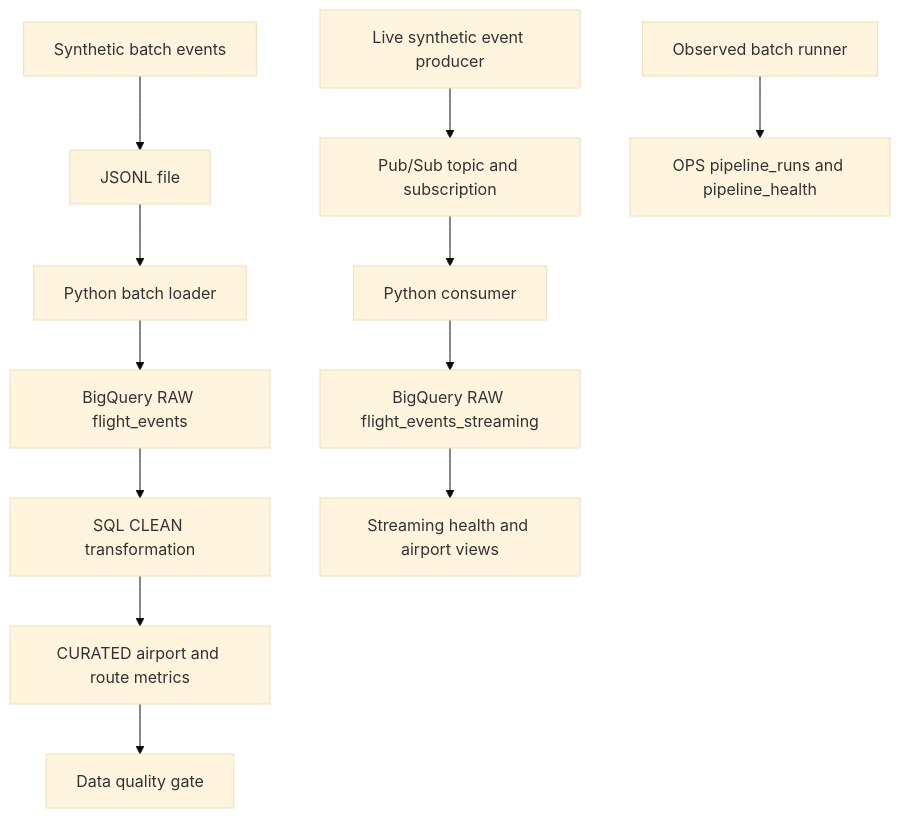
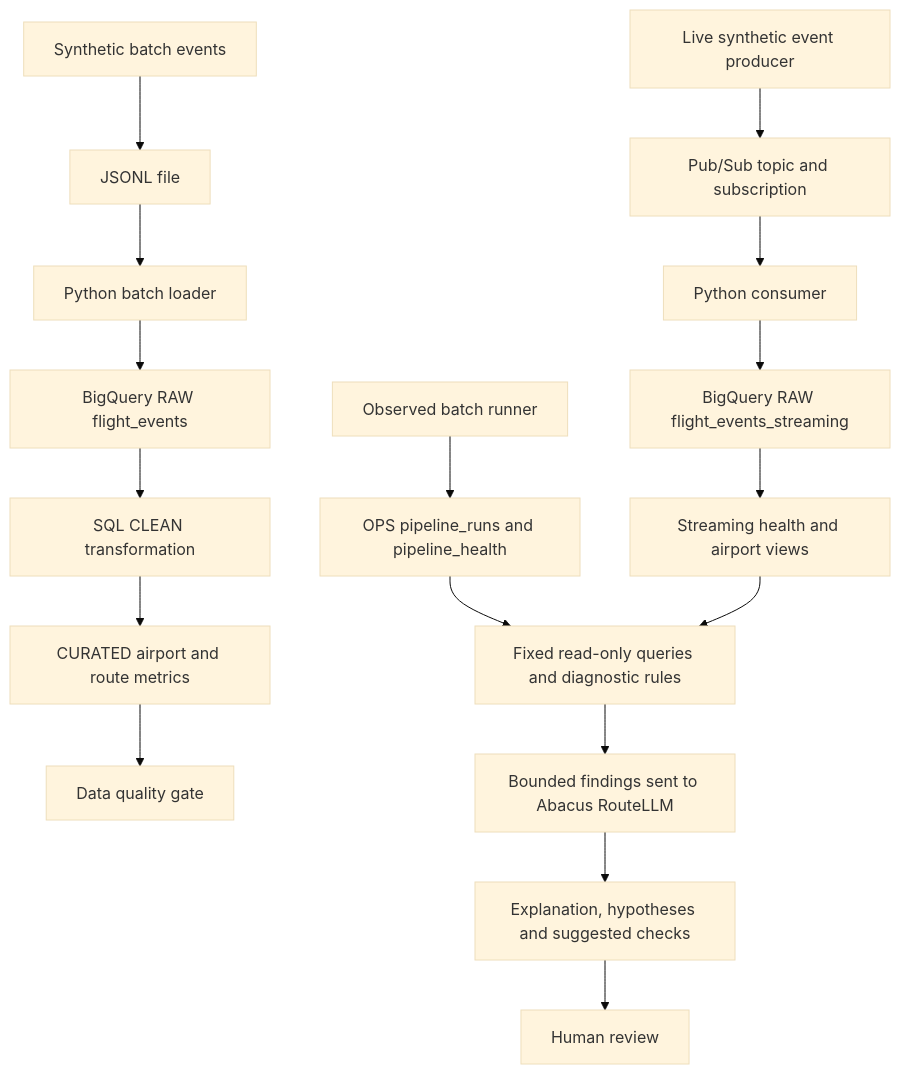
Before and after one commit to rishijay-k/skyflow-airline-dataops: the diagram in README.md, drawn with Mermaid (base theme). The commit also changed other lines of this file and 9 other files, not shown here.

````diff
--- a/README.md
+++ b/README.md
@@ -11,14 +11,19 @@
 ```mermaid
 flowchart TD
     A[Synthetic batch events] --> B[JSONL file]
     B --> C[Python batch loader]
     C --> D[BigQuery RAW flight_events]
     D --> E[SQL CLEAN transformation]
     E --> F[CURATED airport and route metrics]
     F --> G[Data quality gate]
     H[Live synthetic event producer] --> I[Pub/Sub topic and subscription]
     I --> J[Python consumer]
     J --> K[BigQuery RAW flight_events_streaming]
     K --> L[Streaming health and airport views]
     M[Observed batch runner] --> N[OPS pipeline_runs and pipeline_health]
+    N --> O[Fixed read-only queries and diagnostic rules]
+    L --> O
+    O --> P[Bounded findings sent to Abacus RouteLLM]
+    P --> Q[Explanation, hypotheses and suggested checks]
+    Q --> R[Human review]
 ```
````
